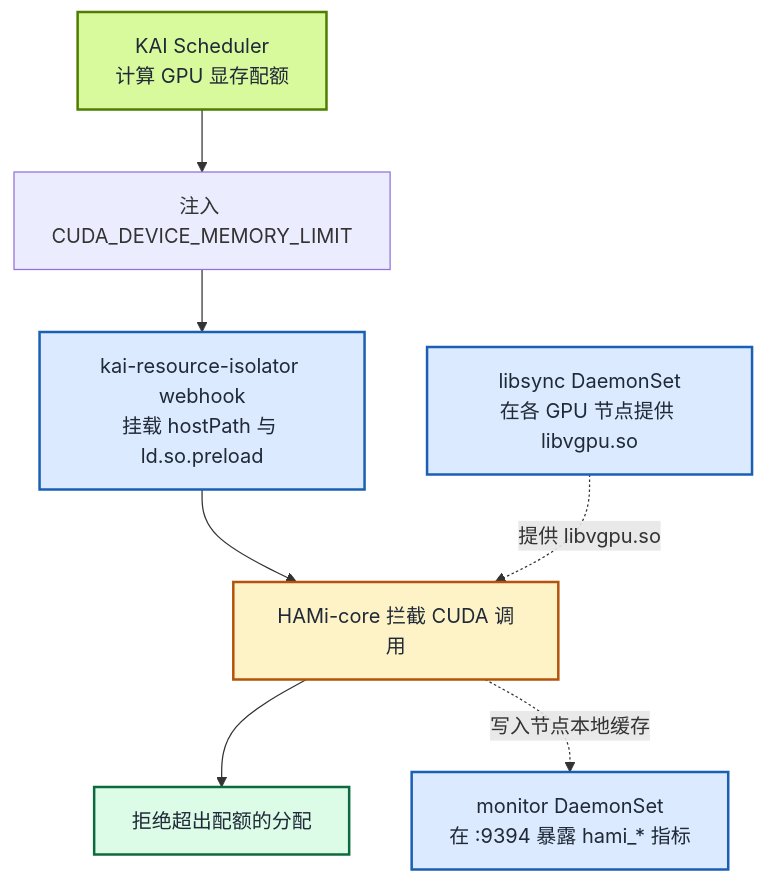
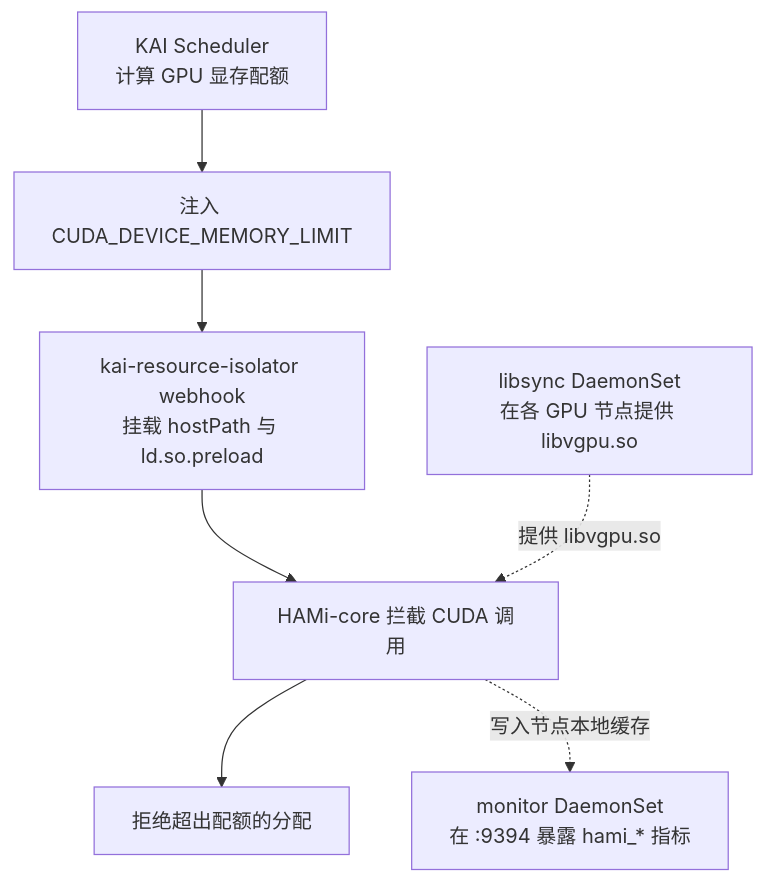
The diagram in i18n/zh/docusaurus-plugin-content-blog/kai-scheduler-hami-gpu-memory-hard-isolation/index.md (Project-HAMi/website), drawn with Mermaid before and after one commit. The commit also changed 9 other files, not shown here.

First line of the commit message:
fix(ui): make mermaid diagrams readable in dark mode (#772)

````diff
--- a/i18n/zh/docusaurus-plugin-content-blog/kai-scheduler-hami-gpu-memory-hard-isolation/index.md
+++ b/i18n/zh/docusaurus-plugin-content-blog/kai-scheduler-hami-gpu-memory-hard-isolation/index.md
@@ -29,22 +29,20 @@
 ```mermaid
 %% title: KAI Scheduler 与 HAMi-core 的隔离链路
 graph TD
     KAI["KAI Scheduler<br/>计算 GPU 显存配额"]
     ENV["注入 CUDA_DEVICE_MEMORY_LIMIT"]
     WEBHOOK["kai-resource-isolator webhook<br/>挂载 hostPath 与 ld.so.preload"]
     LIB["libsync DaemonSet<br/>在各 GPU 节点提供 libvgpu.so"]
     RUN["HAMi-core 拦截 CUDA 调用"]
     ENF["拒绝超出配额的分配"]
     MON["monitor DaemonSet<br/>在 :9394 暴露 hami_* 指标"]
 
     KAI --> ENV --> WEBHOOK --> RUN --> ENF
     LIB -. "提供 libvgpu.so" .-> RUN
     RUN -. "写入节点本地缓存" .-> MON
 
-    style KAI fill:#d9f99d,stroke:#4f7d00,stroke-width:2px,color:#1f2937
-    style WEBHOOK fill:#dbeafe,stroke:#1a5fb4,stroke-width:2px,color:#1f2937
-    style LIB fill:#dbeafe,stroke:#1a5fb4,stroke-width:2px,color:#1f2937
-    style RUN fill:#fef3c7,stroke:#b45309,stroke-width:2px,color:#1f2937
-    style ENF fill:#dcfce7,stroke:#0b6b3c,stroke-width:2px,color:#1f2937
-    style MON fill:#dbeafe,stroke:#1a5fb4,stroke-width:2px,color:#1f2937
+    class KAI accent
+    class WEBHOOK,LIB,MON info
+    class RUN run
+    class ENF ok
 ```
````
